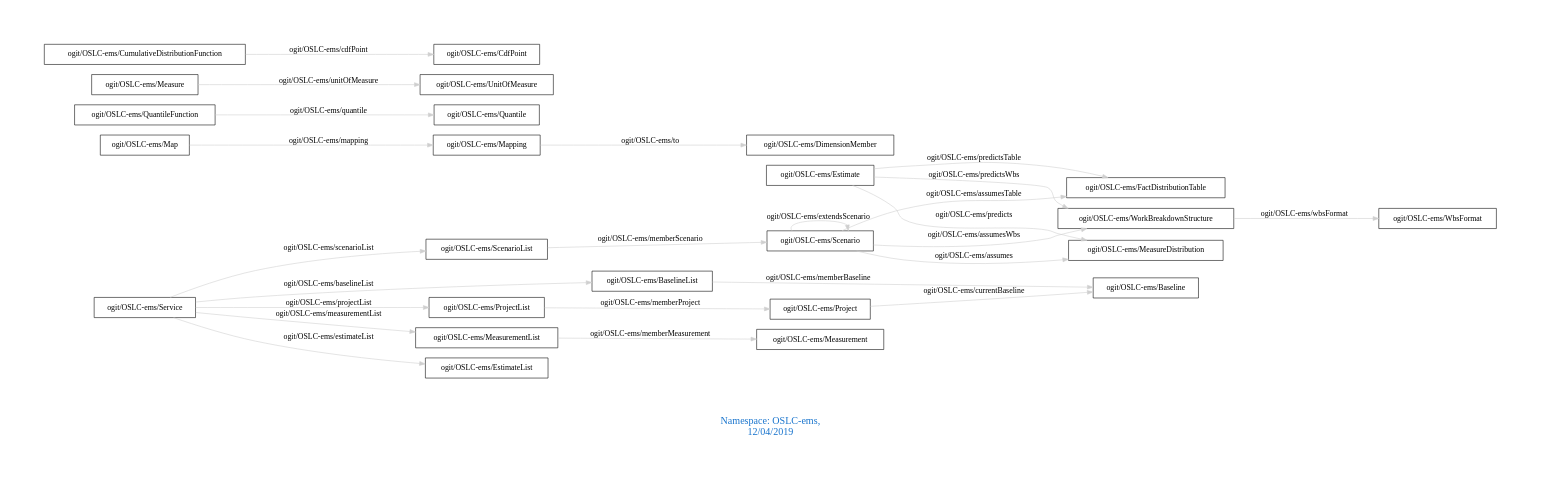
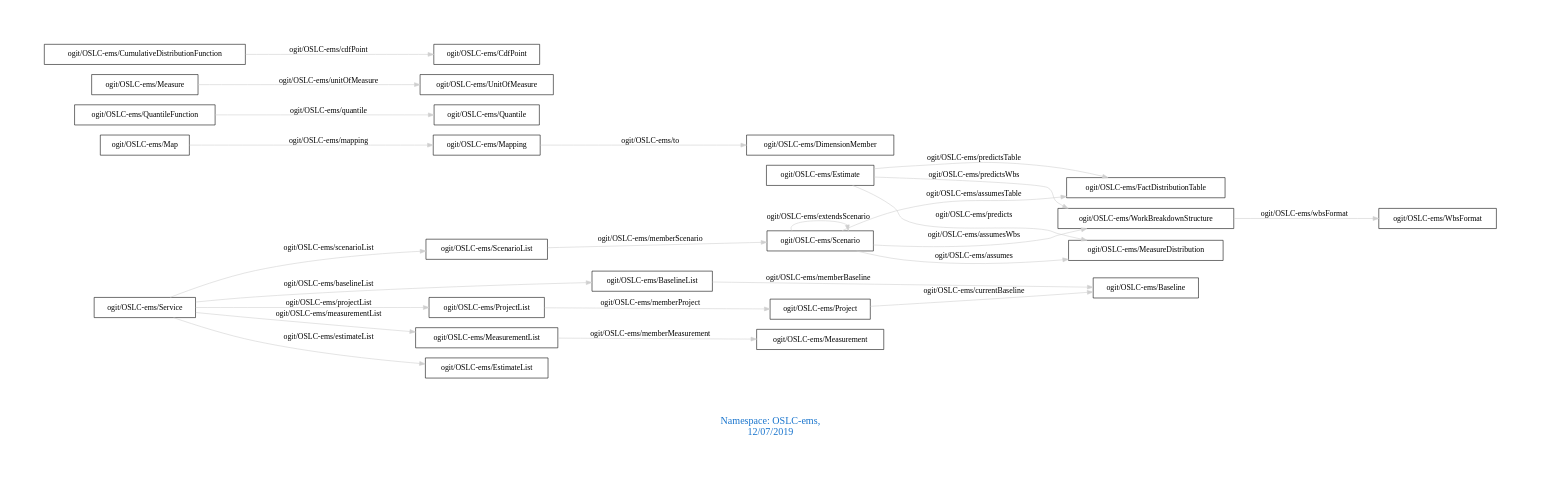
Before and after one commit to arago/OGIT: the diagram in downloads/OSLC-ems.dot, drawn with Graphviz. The commit also changed 1662 other files, not shown here.

```diff
--- a/downloads/OSLC-ems.dot
+++ b/downloads/OSLC-ems.dot
@@ -1,31 +1,31 @@
 digraph OGIT_ontology {
  graph [ rankdir= LR,pad=1 
 fontsize = 18,
-fontcolor= dodgerblue3,label = "\n\n\nNamespace: OSLC-ems, \n 12/04/2019"];
+fontcolor= dodgerblue3,label = "\n\n\nNamespace: OSLC-ems, \n 12/07/2019"];
 node[shape=polygon];
 edge [  color="gray81"];
 
    "ogit/OSLC-ems/Estimate" -> "ogit/OSLC-ems/MeasureDistribution" [label="   ogit/OSLC-ems/predicts    "];
    "ogit/OSLC-ems/Mapping" -> "ogit/OSLC-ems/DimensionMember" [label="   ogit/OSLC-ems/to    "];
    "ogit/OSLC-ems/Service" -> "ogit/OSLC-ems/ProjectList" [label="   ogit/OSLC-ems/projectList    "];
    "ogit/OSLC-ems/QuantileFunction" -> "ogit/OSLC-ems/Quantile" [label="   ogit/OSLC-ems/quantile    "];
    "ogit/OSLC-ems/Service" -> "ogit/OSLC-ems/ScenarioList" [label="   ogit/OSLC-ems/scenarioList    "];
    "ogit/OSLC-ems/Measure" -> "ogit/OSLC-ems/UnitOfMeasure" [label="   ogit/OSLC-ems/unitOfMeasure    "];
    "ogit/OSLC-ems/ScenarioList" -> "ogit/OSLC-ems/Scenario" [label="   ogit/OSLC-ems/memberScenario    "];
    "ogit/OSLC-ems/Estimate" -> "ogit/OSLC-ems/FactDistributionTable" [label="   ogit/OSLC-ems/predictsTable    "];
    "ogit/OSLC-ems/BaselineList" -> "ogit/OSLC-ems/Baseline" [label="   ogit/OSLC-ems/memberBaseline    "];
    "ogit/OSLC-ems/Scenario" -> "ogit/OSLC-ems/WorkBreakdownStructure" [label="   ogit/OSLC-ems/assumesWbs    "];
    "ogit/OSLC-ems/CumulativeDistributionFunction" -> "ogit/OSLC-ems/CdfPoint" [label="   ogit/OSLC-ems/cdfPoint    "];
    "ogit/OSLC-ems/Project" -> "ogit/OSLC-ems/Baseline" [label="   ogit/OSLC-ems/currentBaseline    "];
    "ogit/OSLC-ems/ProjectList" -> "ogit/OSLC-ems/Project" [label="   ogit/OSLC-ems/memberProject    "];
    "ogit/OSLC-ems/Service" -> "ogit/OSLC-ems/BaselineList" [label="   ogit/OSLC-ems/baselineList    "];
    "ogit/OSLC-ems/Estimate" -> "ogit/OSLC-ems/WorkBreakdownStructure" [label="   ogit/OSLC-ems/predictsWbs    "];
    "ogit/OSLC-ems/Map" -> "ogit/OSLC-ems/Mapping" [label="   ogit/OSLC-ems/mapping    "];
    "ogit/OSLC-ems/MeasurementList" -> "ogit/OSLC-ems/Measurement" [label="   ogit/OSLC-ems/memberMeasurement    "];
    "ogit/OSLC-ems/Service" -> "ogit/OSLC-ems/MeasurementList" [label="   ogit/OSLC-ems/measurementList    "];
    "ogit/OSLC-ems/WorkBreakdownStructure" -> "ogit/OSLC-ems/WbsFormat" [label="   ogit/OSLC-ems/wbsFormat    "];
    "ogit/OSLC-ems/Service" -> "ogit/OSLC-ems/EstimateList" [label="   ogit/OSLC-ems/estimateList    "];
    "ogit/OSLC-ems/Scenario" -> "ogit/OSLC-ems/MeasureDistribution" [label="   ogit/OSLC-ems/assumes    "];
    "ogit/OSLC-ems/Scenario" -> "ogit/OSLC-ems/FactDistributionTable" [label="   ogit/OSLC-ems/assumesTable    "];
    "ogit/OSLC-ems/Scenario" -> "ogit/OSLC-ems/Scenario" [label="   ogit/OSLC-ems/extendsScenario    "];
 }
```
